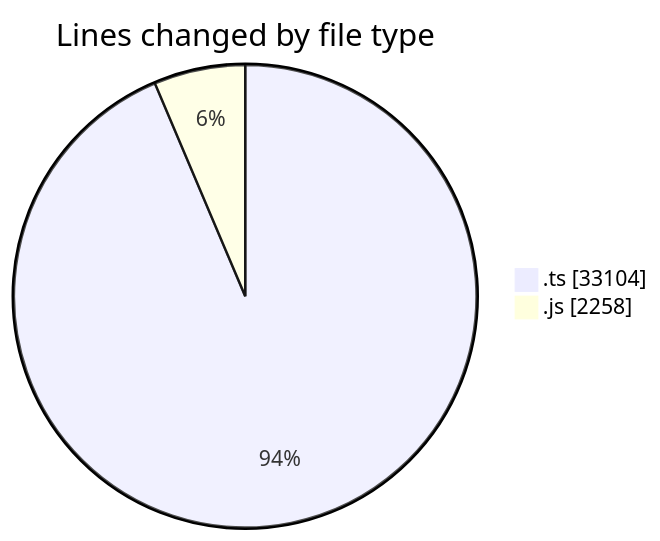
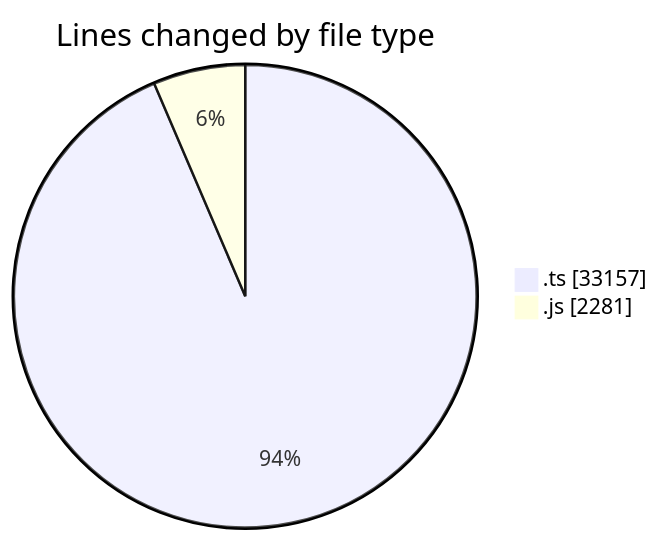
The first of 2 diagrams in 2025-06-26/cda/README.md (momahboobian/code-tracking), drawn with Mermaid before and after one commit. The commit also changed other lines of this file and 1 other file, not shown here.

````diff
--- a/2025-06-26/cda/README.md
+++ b/2025-06-26/cda/README.md
@@ -35,6 +35,6 @@
 ```mermaid
 pie showData
 title Lines changed by file type
-".ts" : 33104
-".js" : 2258
+".ts" : 33157
+".js" : 2281
 ```
````
